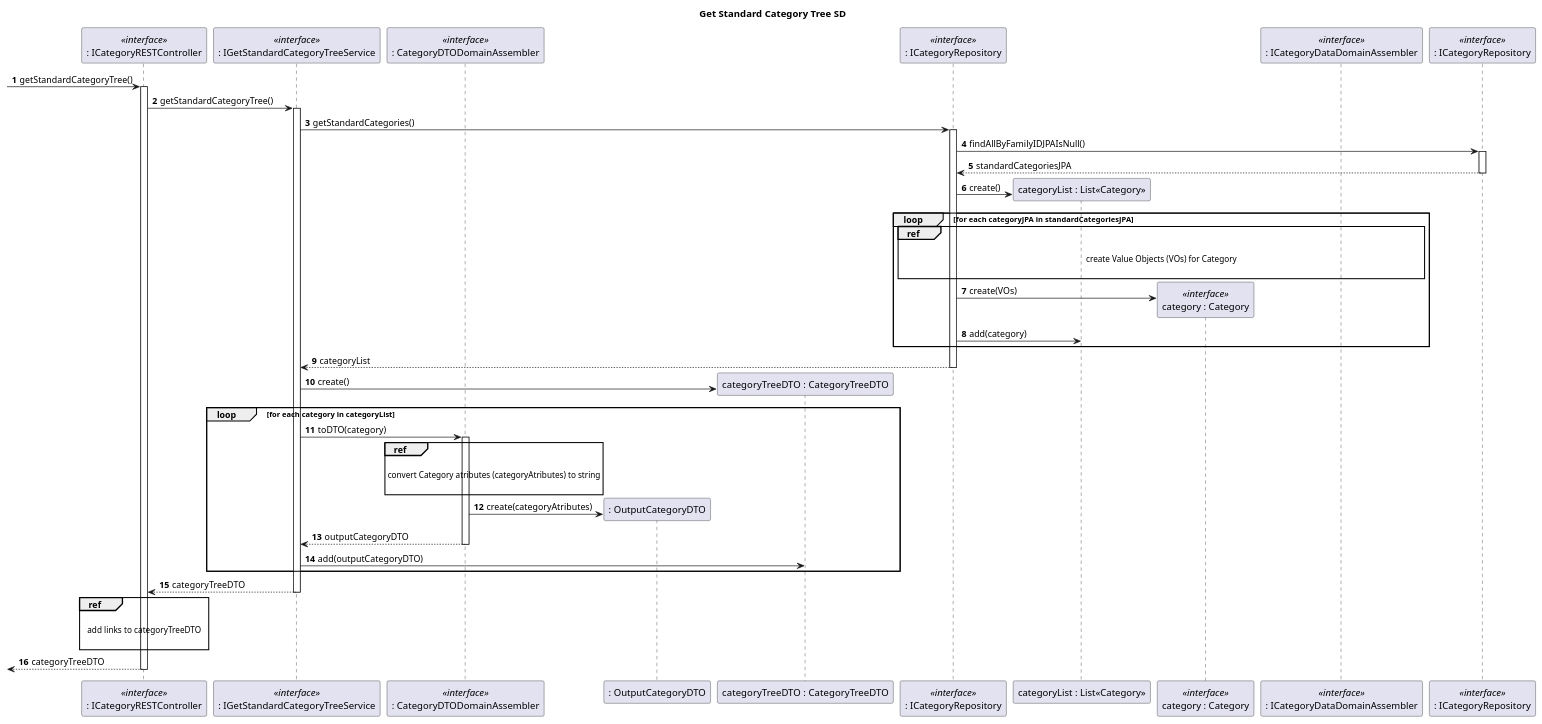
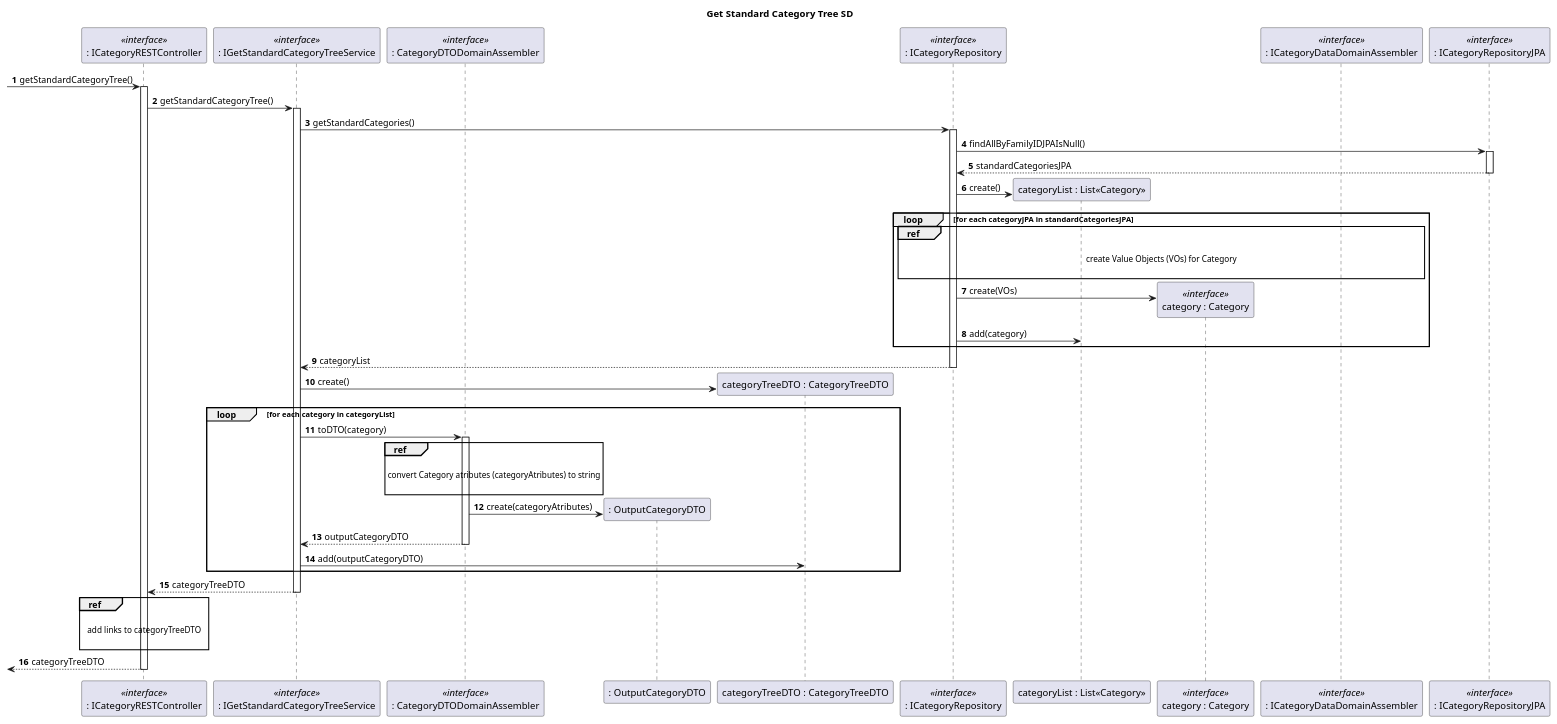
Before and after one commit to tomas-osswald/switch_2020_g3: the second of 3 diagrams in docs/sprint6/user_stories/US002_GetStandardCategoryTree.md, drawn with PlantUML. The commit also changed 3 other files, not shown here.

````diff
--- a/docs/sprint6/user_stories/US002_GetStandardCategoryTree.md
+++ b/docs/sprint6/user_stories/US002_GetStandardCategoryTree.md
@@ -15,73 +15,73 @@
 ```puml
 autonumber
 title Get Standard Category Tree SD
 
 participant ": ICategoryRESTController" as controller <<interface>>
 participant ": IGetStandardCategoryTreeService" as service <<interface>>
 participant ": CategoryDTODomainAssembler" as domainsassembler <<interface>>
 participant ": OutputCategoryDTO" as dto
 participant "categoryTreeDTO : CategoryTreeDTO" as tree
 participant ": ICategoryRepository" as repo <<interface>>
 participant "categoryList : List<<Category>>" as catList
 participant "category : Category" as category <<interface>>
 participant ": ICategoryDataDomainAssembler" as dataassembler <<interface>>
-participant ": ICategoryRepository" as jparepo <<interface>>
+participant ": ICategoryRepositoryJPA" as jparepo <<interface>>
 
 
 -> controller : getStandardCategoryTree()
 activate controller
 controller -> service : getStandardCategoryTree()
 activate service
 service -> repo : getStandardCategories()
 activate repo
 repo -> jparepo : findAllByFamilyIDJPAIsNull()
 activate jparepo
 return standardCategoriesJPA
 
 repo -> catList** : create()
 
 loop for each categoryJPA in standardCategoriesJPA
 
 ref over repo, dataassembler
 
 create Value Objects (VOs) for Category
 
 end
 
 repo -> category** : create(VOs) 
 
 repo -> catList : add(category)
 
 end
 
 return categoryList
 
 service -> tree** : create()
 
 loop for each category in categoryList
 
 service -> domainsassembler : toDTO(category)
 activate domainsassembler
 ref over domainsassembler
 
 convert Category atributes (categoryAtributes) to string
 
 end
 domainsassembler -> dto** : create(categoryAtributes)
 return outputCategoryDTO
 
 
 service -> tree : add(outputCategoryDTO)
 
 end
 
 return categoryTreeDTO
 
 ref over controller
 
 add links to categoryTreeDTO
 
 end
 
 return categoryTreeDTO
 ```
````
